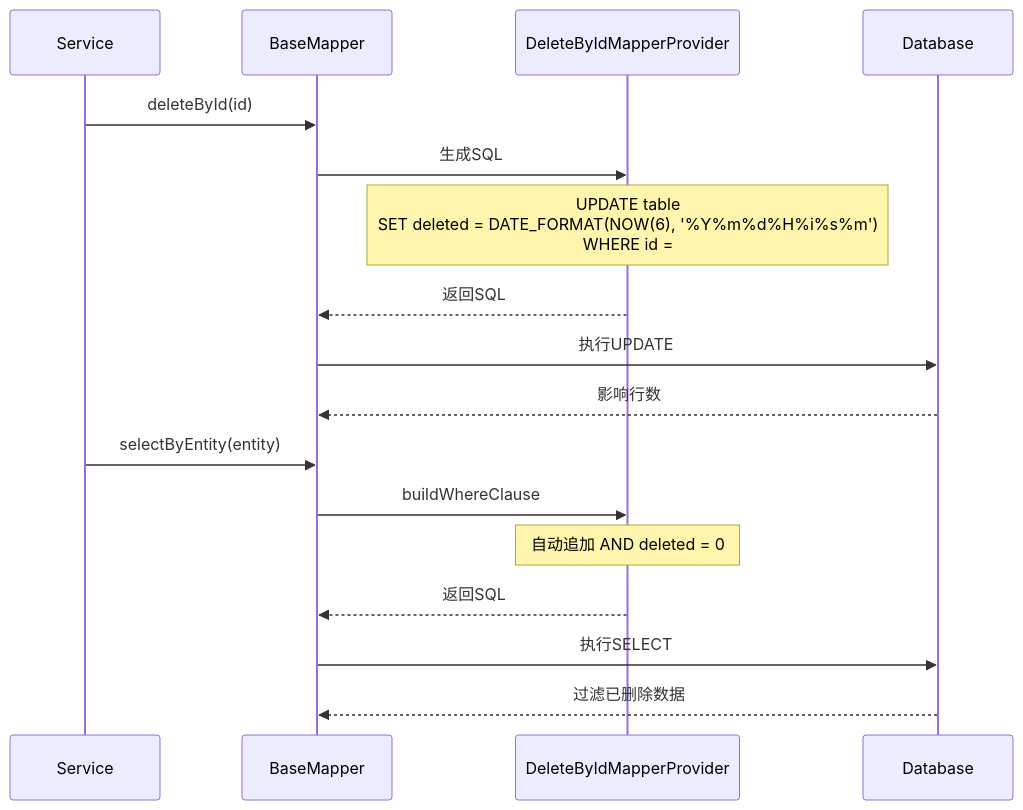
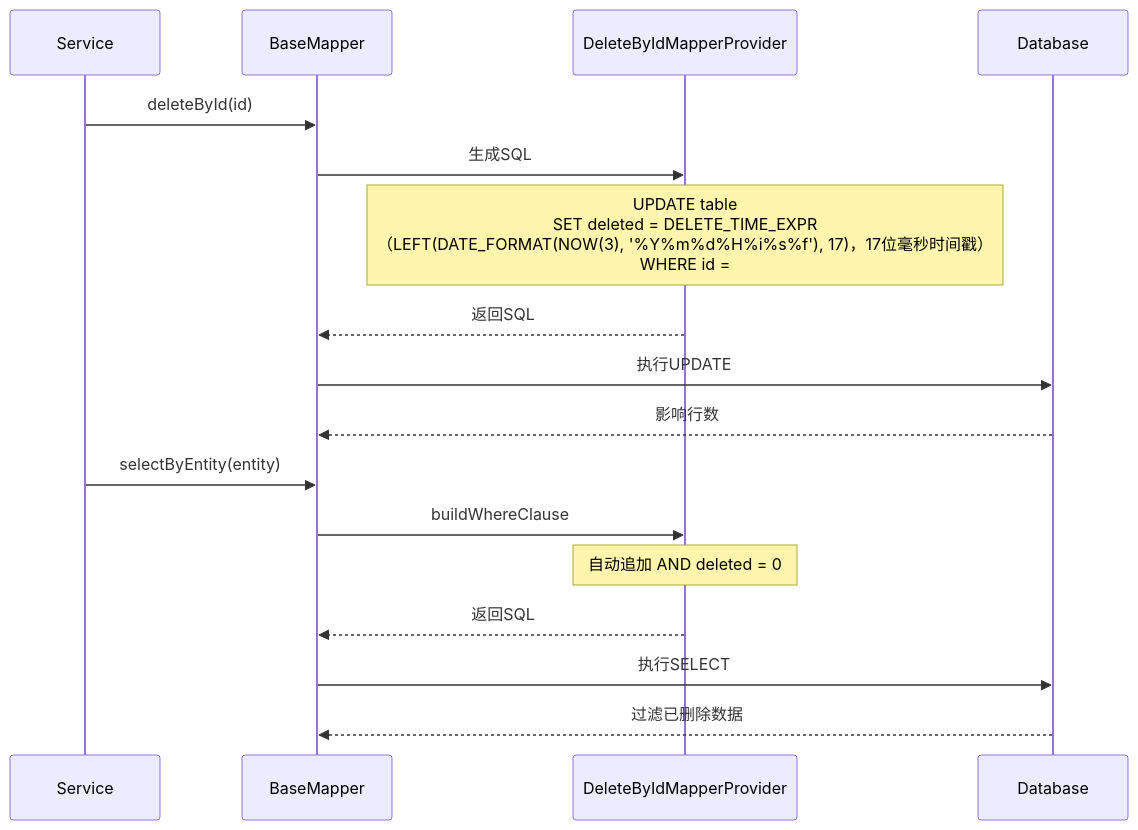
Before and after one commit to shrimp-group/sh-framework: the diagram in docs/stories/US-008-逻辑删除与数据安全.md, drawn with Mermaid. The commit also changed other lines of this file and 5 other files, not shown here.

````diff
--- a/docs/stories/US-008-逻辑删除与数据安全.md
+++ b/docs/stories/US-008-逻辑删除与数据安全.md
@@ -13,21 +13,21 @@
 ```mermaid
 sequenceDiagram
     participant S as Service
     participant M as BaseMapper
     participant P as DeleteByIdMapperProvider
     participant DB as Database
 
     S->>M: deleteById(id)
     M->>P: 生成SQL
-    Note over P: UPDATE table<br/>SET deleted = DATE_FORMAT(NOW(6), '%Y%m%d%H%i%s%m')<br/>WHERE id = #{id} AND deleted = 0
+    Note over P: UPDATE table<br/>SET deleted = DELETE_TIME_EXPR<br/>（LEFT(DATE_FORMAT(NOW(3), '%Y%m%d%H%i%s%f'), 17)，17位毫秒时间戳）<br/>WHERE id = #{id} AND deleted = 0
     P-->>M: 返回SQL
     M->>DB: 执行UPDATE
     DB-->>M: 影响行数
 
     S->>M: selectByEntity(entity)
     M->>P: buildWhereClause
     Note over P: 自动追加 AND deleted = 0
     P-->>M: 返回SQL
     M->>DB: 执行SELECT
     DB-->>M: 过滤已删除数据
 ```
````
